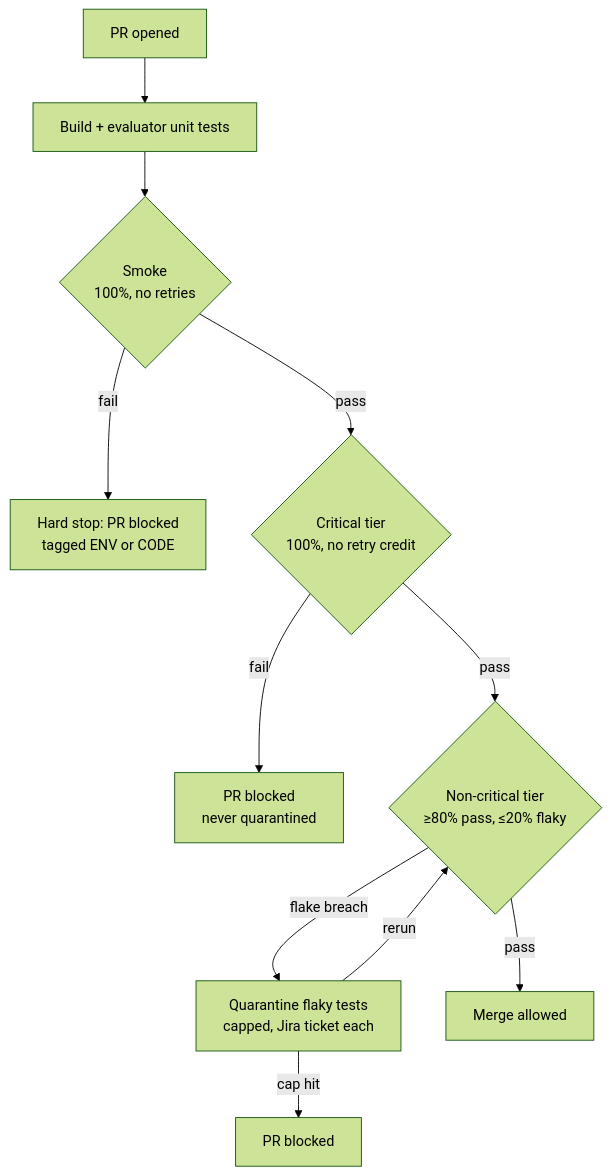
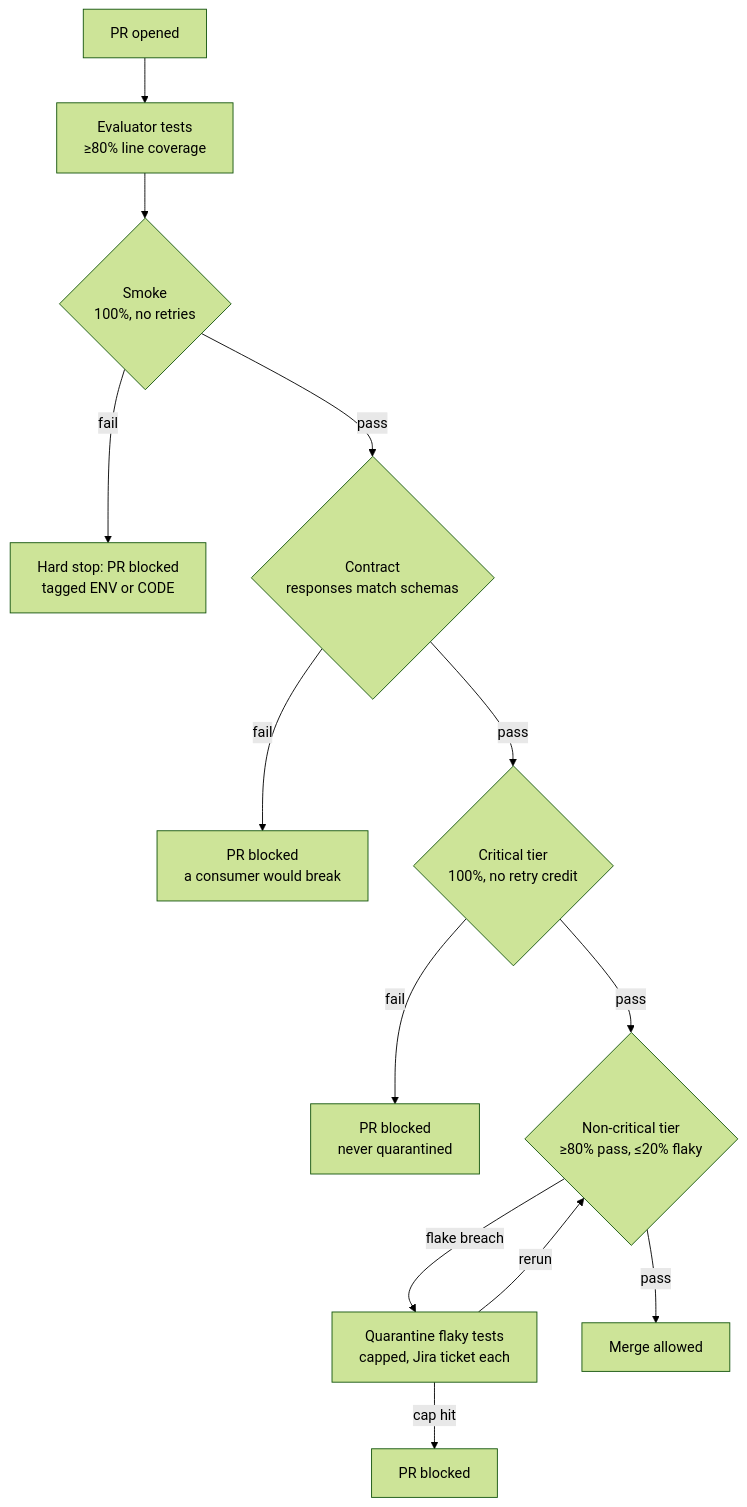
The diagram in README.md (SamikshaPatel/ci-quality-gates), drawn with Mermaid (forest theme) before and after one commit. The commit also changed other lines of this file and 30 other files, not shown here.

First line of the commit message:
gates: security, coverage and contract gates (#7)

````diff
--- a/README.md
+++ b/README.md
@@ -9,13 +9,15 @@
 ```mermaid
 flowchart TD
-    PR[PR opened] --> B[Build + evaluator unit tests]
+    PR[PR opened] --> B[Evaluator tests<br/>≥80% line coverage]
     B --> S{Smoke<br/>100%, no retries}
     S -- fail --> SX[Hard stop: PR blocked<br/>tagged ENV or CODE]
-    S -- pass --> C{Critical tier<br/>100%, no retry credit}
+    S -- pass --> K{Contract<br/>responses match schemas}
+    K -- fail --> KX[PR blocked<br/>a consumer would break]
+    K -- pass --> C{Critical tier<br/>100%, no retry credit}
     C -- fail --> CX[PR blocked<br/>never quarantined]
     C -- pass --> N{Non-critical tier<br/>≥80% pass, ≤20% flaky}
     N -- flake breach --> Q[Quarantine flaky tests<br/>capped, Jira ticket each]
     Q -- cap hit --> QX[PR blocked]
     Q -- rerun --> N
     N -- pass --> M[Merge allowed]
 ```
````
